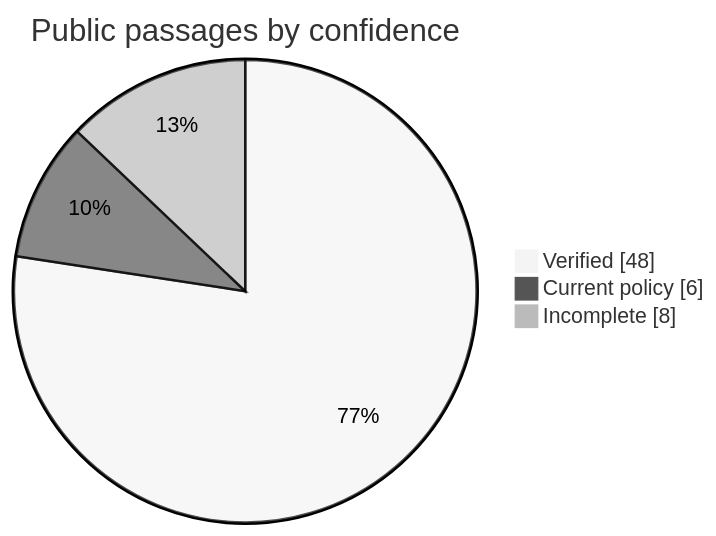
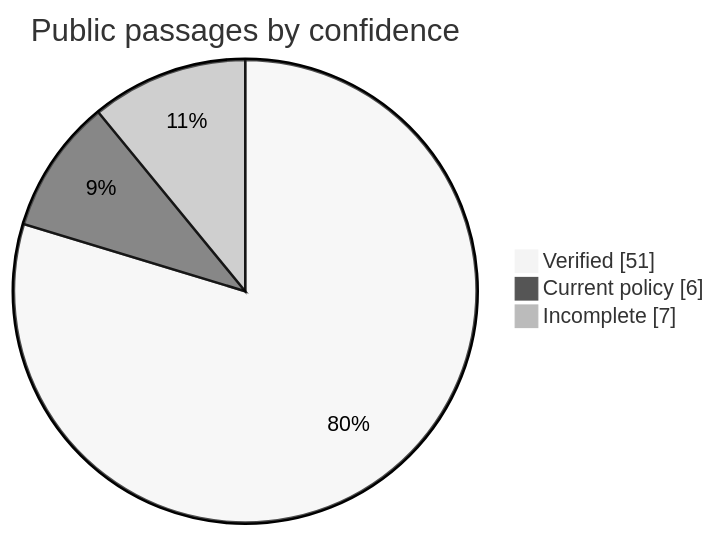
The second of 4 diagrams in houcine-world-brain/maps/generated/dashboard.md (HoucineMohamed/houcine-world), drawn with Mermaid (neutral theme) before and after one commit. The commit also changed other lines of this file, not shown here.

````diff
--- a/houcine-world-brain/maps/generated/dashboard.md
+++ b/houcine-world-brain/maps/generated/dashboard.md
@@ -33,6 +33,6 @@
 ```mermaid
 pie showData title Public passages by confidence
-  "Verified" : 48
+  "Verified" : 51
   "Current policy" : 6
-  "Incomplete" : 8
+  "Incomplete" : 7
 ```
````
